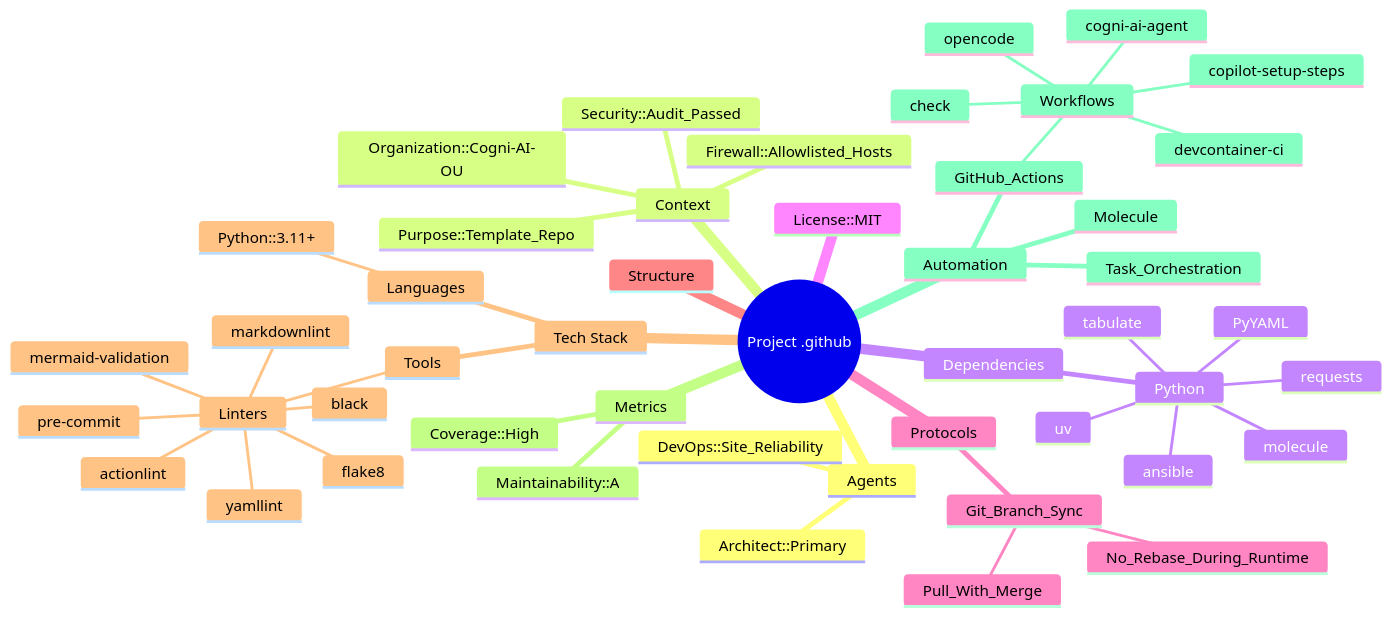
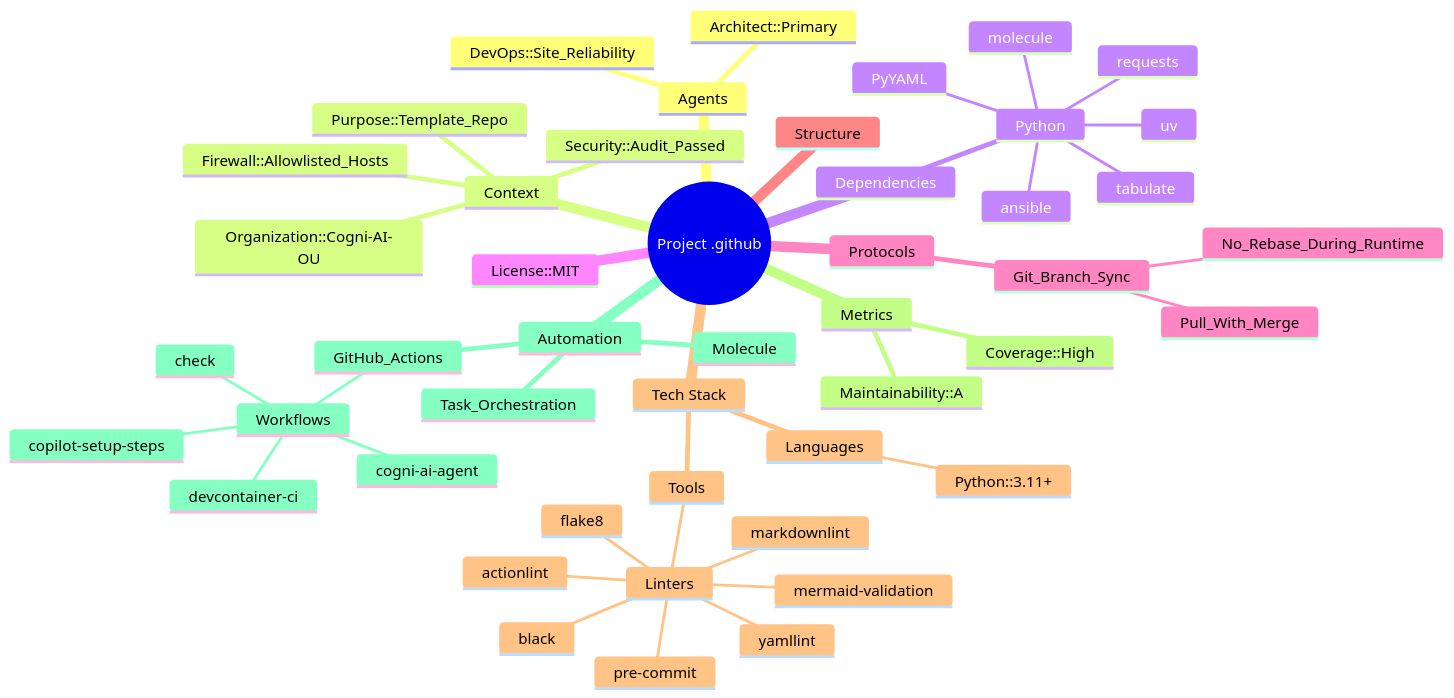
The diagram in FACTS.mmd (Cogni-AI-OU/.github), drawn with Mermaid before and after one commit. The commit also changed 9 other files, not shown here.

```diff
--- a/FACTS.mmd
+++ b/FACTS.mmd
@@ -1,49 +1,48 @@
 mindmap
   root((Project .github))
     Agents
       Architect::Primary
       DevOps::Site_Reliability
     Context
       Organization::Cogni-AI-OU
       Purpose::Template_Repo
       Security::Audit_Passed
       Firewall::Allowlisted_Hosts
     Dependencies
       Python
         PyYAML
         requests
         tabulate
         ansible
         molecule
         uv
     License::MIT
     Protocols
       Git_Branch_Sync
         No_Rebase_During_Runtime
         Pull_With_Merge
     Structure
     Tech Stack
       Languages
         Python::3.11+
       Tools
         Linters
           actionlint
           black
           flake8
           markdownlint
           mermaid-validation
           pre-commit
           yamllint
     Metrics
       Coverage::High
       Maintainability::A
     Automation
       GitHub_Actions
         Workflows
           check
           cogni-ai-agent
           copilot-setup-steps
           devcontainer-ci
-          opencode
       Molecule
       Task_Orchestration
```
